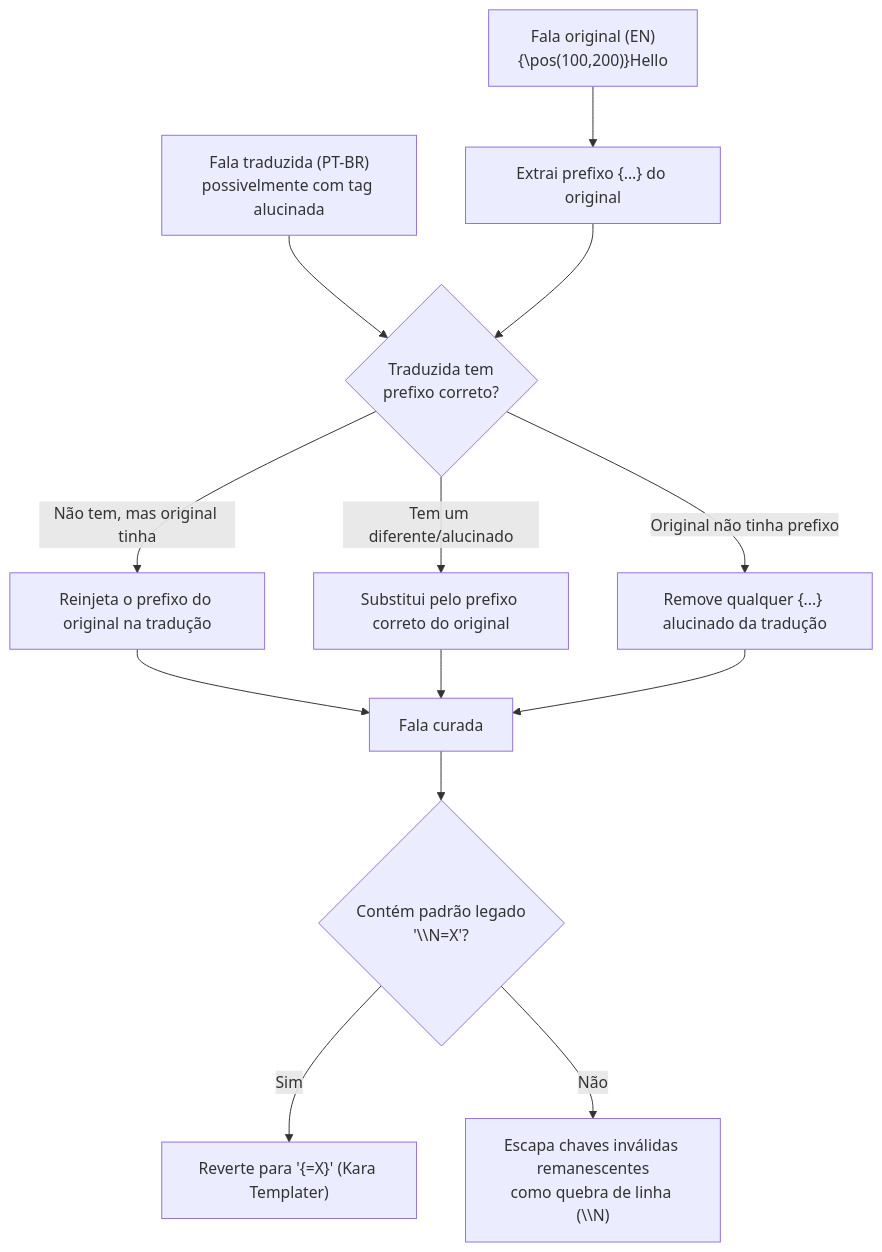
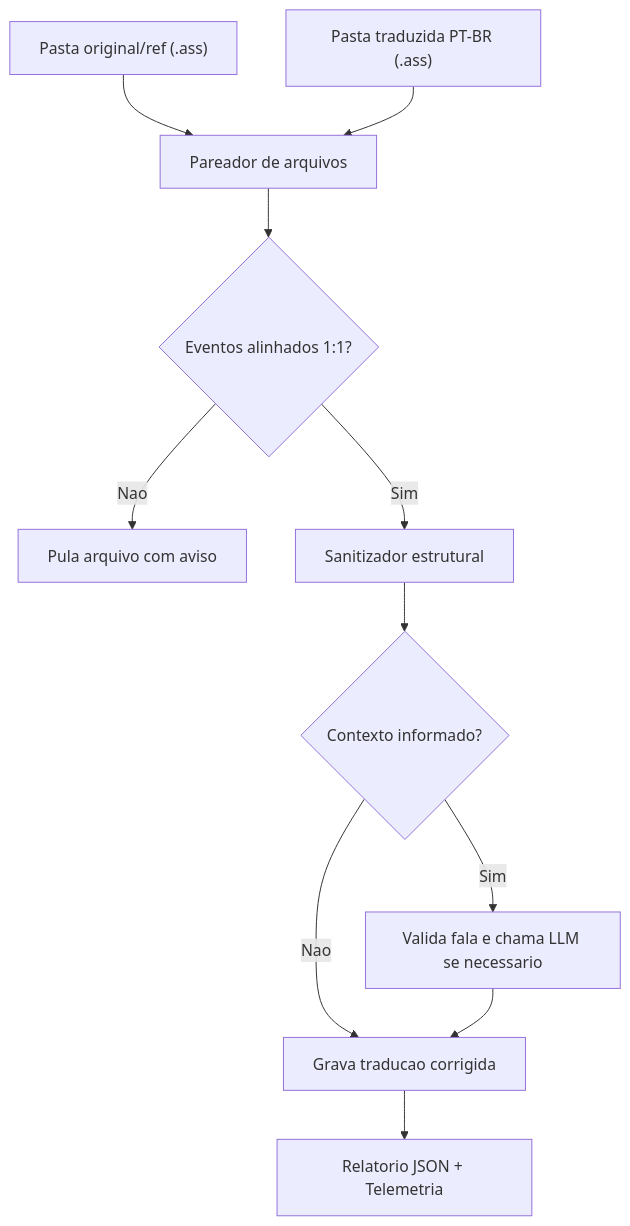
Before and after one commit to carmipa/traducao_animes_llm_local_quarkus: the diagram in docs/07-modulo-cura-tags.md, drawn with Mermaid. The commit also changed other lines of this file and 6 other files, not shown here.

````diff
--- a/docs/07-modulo-cura-tags.md
+++ b/docs/07-modulo-cura-tags.md
@@ -28,15 +41,13 @@
 ```mermaid
 graph TD
-    A["Fala original (EN)<br/>{\pos(100,200)}Hello"] --> B["Extrai prefixo {...} do original"]
-    C["Fala traduzida (PT-BR)<br/>possivelmente com tag alucinada"] --> D{"Traduzida tem<br/>prefixo correto?"}
-    B --> D
-    D -->|Não tem, mas original tinha| E["Reinjeta o prefixo do original na tradução"]
-    D -->|Tem um diferente/alucinado| F["Substitui pelo prefixo correto do original"]
-    D -->|Original não tinha prefixo| G["Remove qualquer {...} alucinado da tradução"]
-    E --> H["Fala curada"]
-    F --> H
-    G --> H
-    H --> I{"Contém padrão legado<br/>'\\N=X'?"}
-    I -->|Sim| J["Reverte para '{=X}' (Kara Templater)"]
-    I -->|Não| K["Escapa chaves inválidas remanescentes<br/>como quebra de linha (\\N)"]
+    A["Pasta original/ref (.ass)"] --> C["Pareador de arquivos"]
+    B["Pasta traduzida PT-BR (.ass)"] --> C
+    C --> D{"Eventos alinhados 1:1?"}
+    D -->|Nao| E["Pula arquivo com aviso"]
+    D -->|Sim| F["Sanitizador estrutural"]
+    F --> G{"Contexto informado?"}
+    G -->|Nao| H["Grava traducao corrigida"]
+    G -->|Sim| I["Valida fala e chama LLM se necessario"]
+    I --> H
+    H --> J["Relatorio JSON + Telemetria"]
 ```
````
